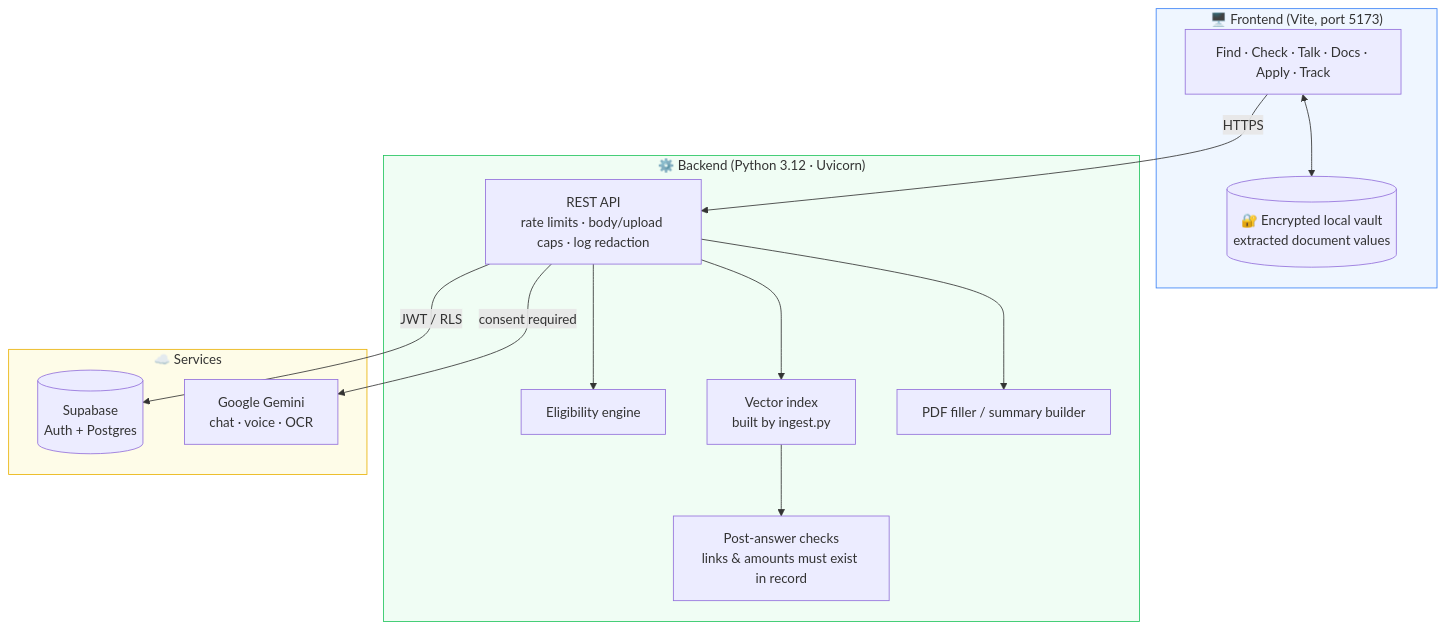
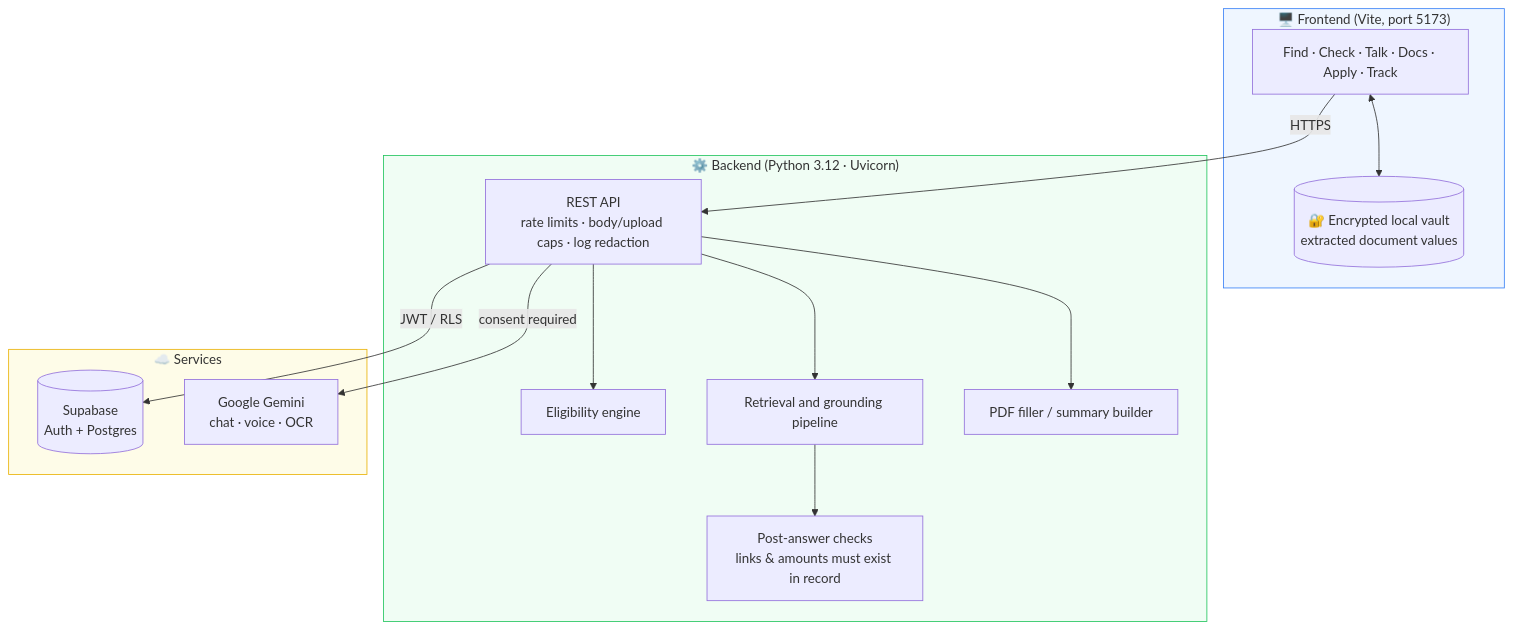
The second of 4 diagrams in README.md (leopears2008-cell/Scheme-Local), drawn with Mermaid before and after one commit. The commit also changed other lines of this file, not shown here.

````diff
--- a/README.md
+++ b/README.md
@@ -107,33 +90,33 @@
 ```mermaid
 flowchart TB
     subgraph Client["🖥️ Frontend (Vite, port 5173)"]
         UI[Find · Check · Talk · Docs · Apply · Track]
         Vault[(🔐 Encrypted local vault<br/>extracted document values)]
         UI <--> Vault
     end
 
     subgraph Server["⚙️ Backend (Python 3.12 · Uvicorn)"]
         API[REST API<br/>rate limits · body/upload caps · log redaction]
         Elig[Eligibility engine]
-        RAG[Vector index<br/>built by ingest.py]
+        RAG[Retrieval and grounding pipeline]
         PDF[PDF filler / summary builder]
         Guard[Post-answer checks<br/>links & amounts must exist in record]
         API --> Elig
         API --> RAG
         API --> PDF
         RAG --> Guard
     end
 
     subgraph External["☁️ Services"]
         SB[(Supabase<br/>Auth + Postgres)]
         GM[Google Gemini<br/>chat · voice · OCR]
     end
 
     UI -- HTTPS --> API
     API -- JWT / RLS --> SB
     API -- consent required --> GM
 
     style Client fill:#eff6ff,stroke:#3b82f6
     style Server fill:#f0fdf4,stroke:#22c55e
     style External fill:#fefce8,stroke:#eab308
 ```
````
